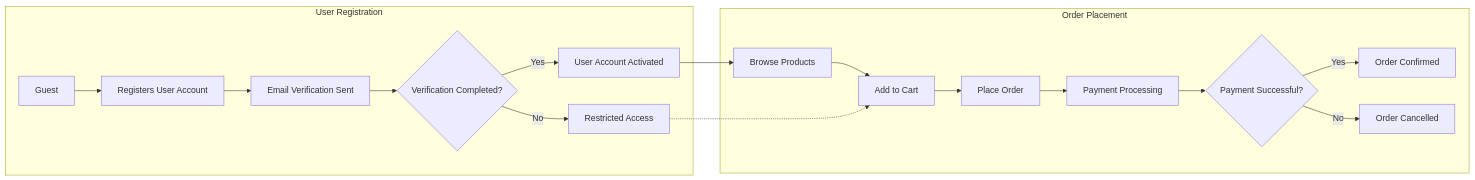
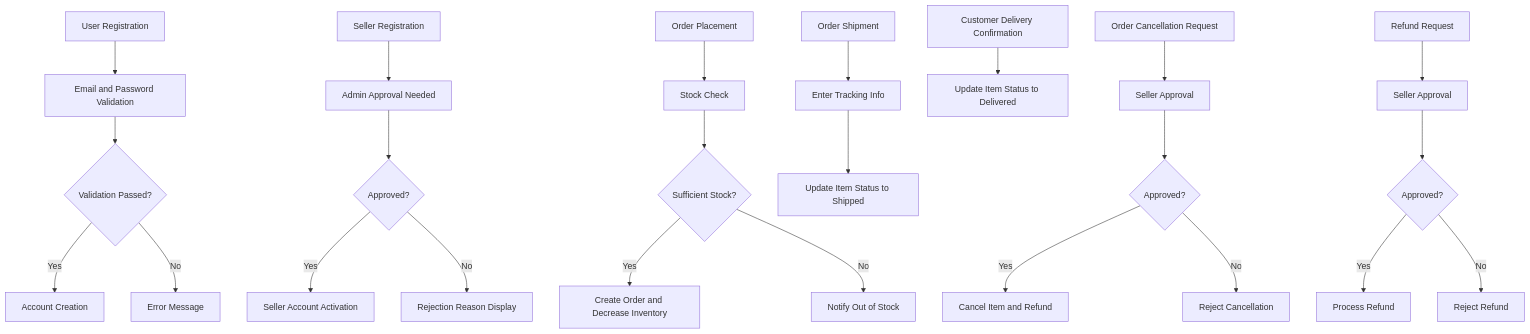
Before and after one commit to wrtnlabs/autobe-examples: the diagram in openai/gpt-4.1-mini/shopping/docs/analysis/00-toc.md, drawn with Mermaid. The commit also changed other lines of this file and 23872 other files, not shown here.

````diff
--- a/openai/gpt-4.1-mini/shopping/docs/analysis/00-toc.md
+++ b/openai/gpt-4.1-mini/shopping/docs/analysis/00-toc.md
@@ -88,22 +216,32 @@
 ```mermaid
-graph LR
-  subgraph "User Registration"
-    A["Guest"] --> B["Registers User Account"]
-    B --> C["Email Verification Sent"]
-    C --> D{"Verification Completed?"}
-    D -->|"Yes"| E["User Account Activated"]
-    D -->|"No"| F["Restricted Access"]
-  end
+flowchart TD
+  A["User Registration"] --> B["Email and Password Validation"]
+  B --> C{"Validation Passed?"}
+  C -->|"Yes"| D["Account Creation"]
+  C -->|"No"| E["Error Message"]
 
-  subgraph "Order Placement"
-    E --> G["Browse Products"]
-    G --> H["Add to Cart"]
-    H --> I["Place Order"]
-    I --> J["Payment Processing"]
-    J --> K{"Payment Successful?"}
-    K -->|"Yes"| L["Order Confirmed"]
-    K -->|"No"| M["Order Cancelled"]
-  end
+  F["Seller Registration"] --> G["Admin Approval Needed"]
+  G --> H{"Approved?"}
+  H -->|"Yes"| I["Seller Account Activation"]
+  H -->|"No"| J["Rejection Reason Display"]
 
-  F -.-> H
+  K["Order Placement"] --> L["Stock Check"]
+  L --> M{"Sufficient Stock?"}
+  M -->|"Yes"| N["Create Order and Decrease Inventory"]
+  M -->|"No"| O["Notify Out of Stock"]
+
+  P["Order Shipment"] --> Q["Enter Tracking Info"]
+  Q --> R["Update Item Status to Shipped"]
+
+  S["Customer Delivery Confirmation"] --> T["Update Item Status to Delivered"]
+
+  U["Order Cancellation Request"] --> V["Seller Approval"]
+  V --> W{"Approved?"}
+  W -->|"Yes"| X["Cancel Item and Refund"]
+  W -->|"No"| Y["Reject Cancellation"]
+
+  Z["Refund Request"] --> AA["Seller Approval"]
+  AA --> AB{"Approved?"}
+  AB -->|"Yes"| AC["Process Refund"]
+  AB -->|"No"| AD["Reject Refund"]
 ```
````
